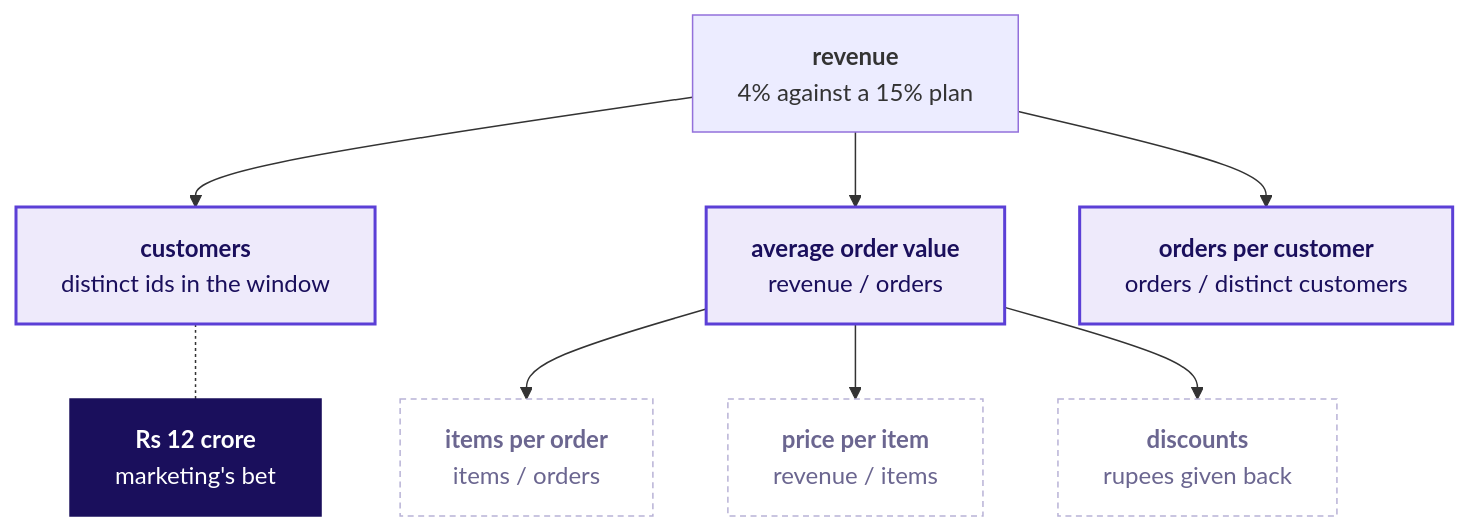
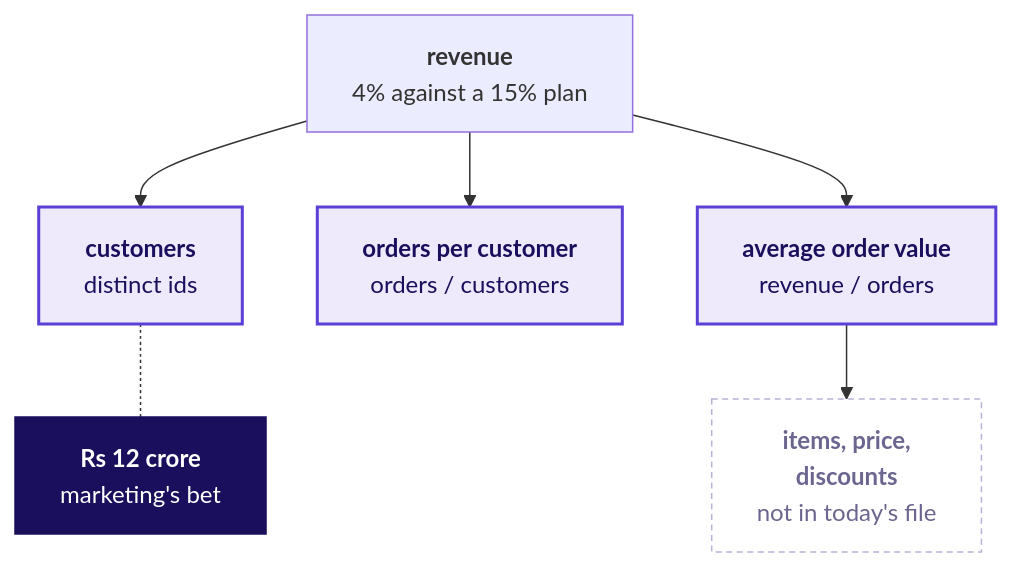
One commit to fde-academy-lab/c2-content-factory changed the first of 9 diagrams in content/W01/D1/whiteboards/C2_W01_D01_board_work_STUDENT.md. Above: the diagram before and after it, drawn with Mermaid. The commit also changed other lines of this file and 11 other files, not shown here.

````diff
--- a/content/W01/D1/whiteboards/C2_W01_D01_board_work_STUDENT.md
+++ b/content/W01/D1/whiteboards/C2_W01_D01_board_work_STUDENT.md
@@ -11,16 +28,14 @@
 ```mermaid
 flowchart TB
-    R["<b>revenue</b><br/>4% against a 15% plan"] --> C["<b>customers</b><br/>distinct ids in the window"]
+    R["<b>revenue</b><br/>4% against a 15% plan"] --> C["<b>customers</b><br/>distinct ids"]
+    R --> F["<b>orders per customer</b><br/>orders / customers"]
     R --> A["<b>average order value</b><br/>revenue / orders"]
-    A --> I["<b>items per order</b><br/>items / orders"]
-    A --> P["<b>price per item</b><br/>revenue / items"]
-    A --> D["<b>discounts</b><br/>rupees given back"]
-    R --> F["<b>orders per customer</b><br/>orders / distinct customers"]
+    A --> I["<b>items, price,<br/>discounts</b><br/>not in today's file"]
     C -.- B["<b>Rs 12 crore</b><br/>marketing's bet"]
     classDef known fill:#EEEAFB,stroke:#5B3FD6,color:#1A0F5C,stroke-width:2px
     classDef unknown fill:#FFFFFF,stroke:#B8B2D6,color:#6B6690,stroke-dasharray:4 3
     classDef bet fill:#1A0F5C,stroke:#1A0F5C,color:#FFFFFF
     class C,F,A known
-    class I,P,D unknown
+    class I unknown
     class B bet
 ```
````
